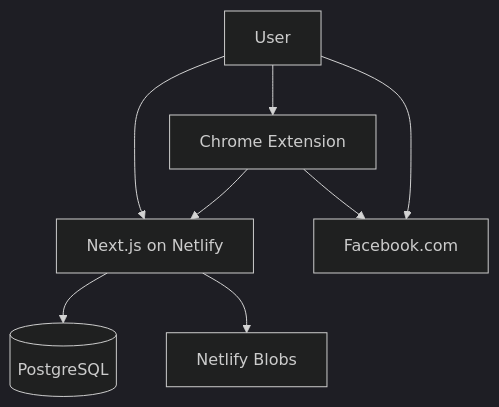
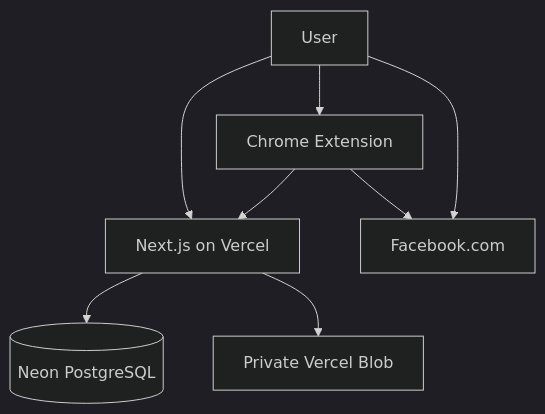
The diagram in docs/architecture.md (vbwork2/fb-grp), drawn with Mermaid (dark theme) before and after one commit. The commit also changed other lines of this file and 43 other files, not shown here.

Commit message:
Migrate Groupflow to Vercel and private Blob storage

````diff
--- a/docs/architecture.md
+++ b/docs/architecture.md
@@ -5,16 +5,16 @@
 ```mermaid
 flowchart TD
 U[User]
-W[Next.js on Netlify]
-DB[(PostgreSQL)]
-B[Netlify Blobs]
+W[Next.js on Vercel]
+DB[(Neon PostgreSQL)]
+B[Private Vercel Blob]
 E[Chrome Extension]
 FB[Facebook.com]
 U --> W
 W --> DB
 W --> B
 U --> E
 E --> W
 E --> FB
 U --> FB
 ```
````
